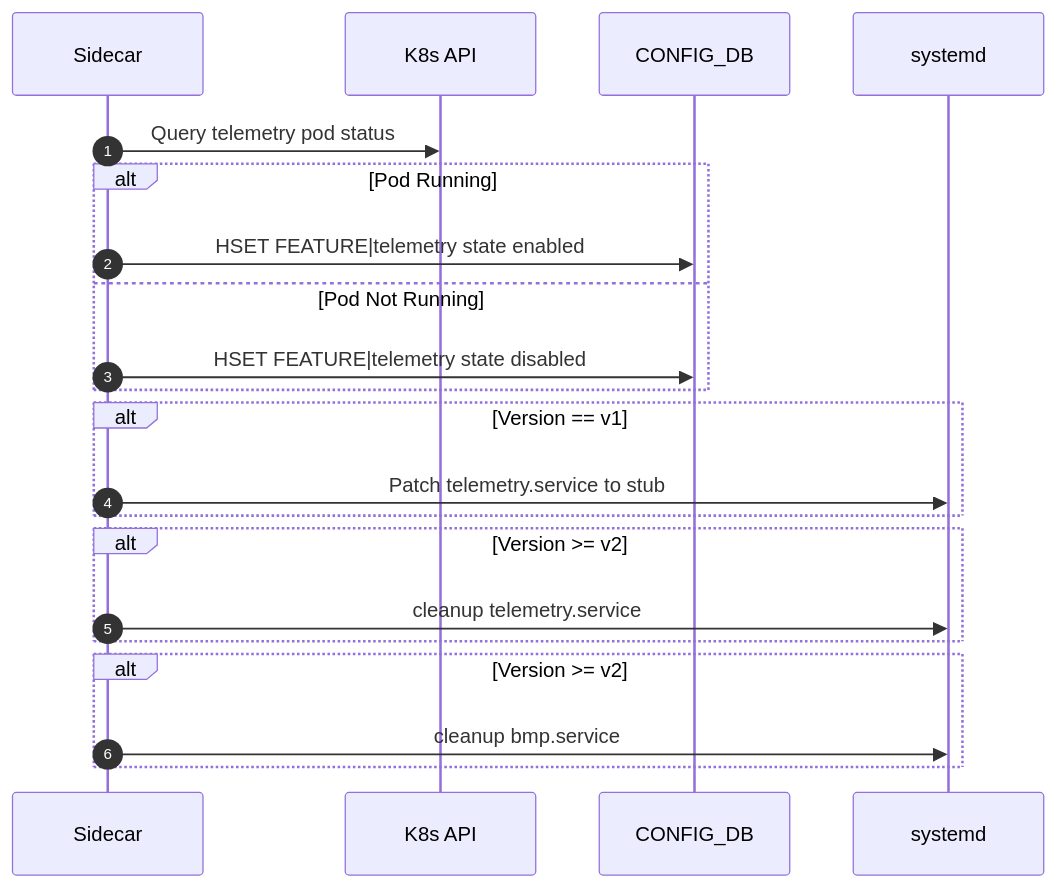
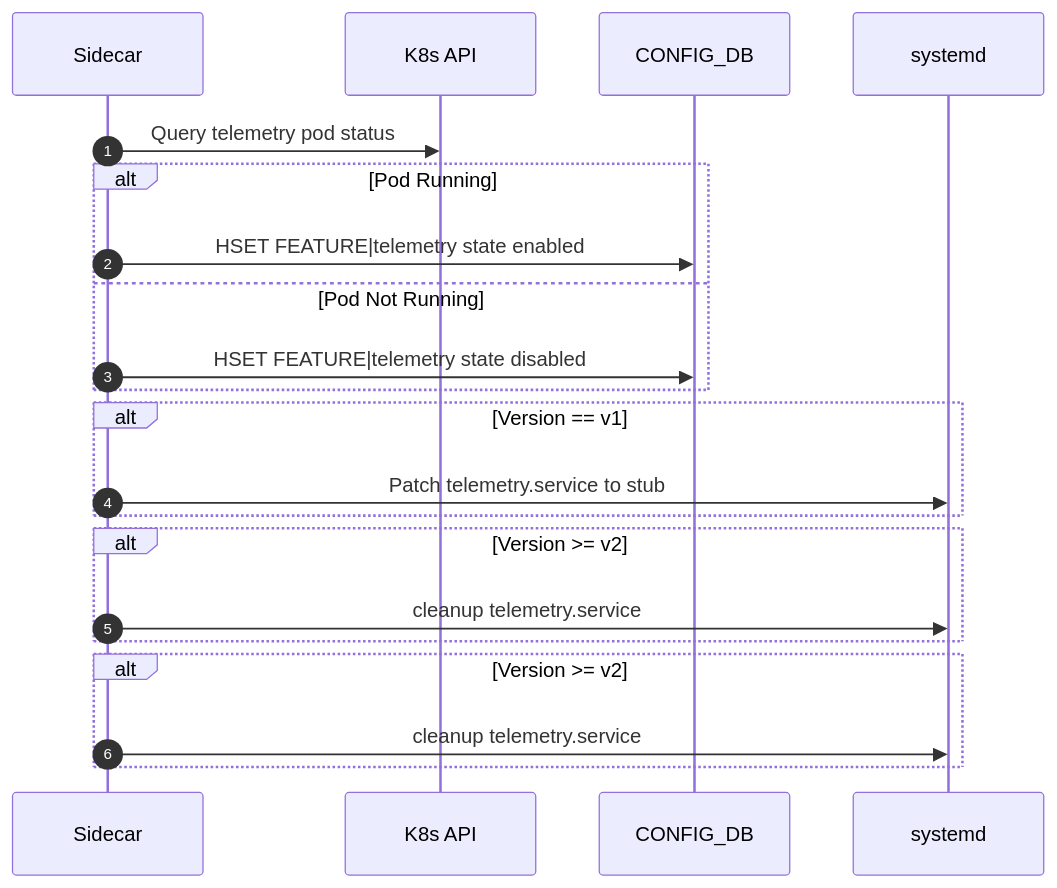
Before and after one commit to sonic-net/SONiC: the diagram in doc/bmp/k8s_migration_design.md, drawn with Mermaid. The commit also changed other lines of this file, not shown here.

````diff
--- a/doc/bmp/k8s_migration_design.md
+++ b/doc/bmp/k8s_migration_design.md
@@ -175,24 +185,24 @@
 ```mermaid
 sequenceDiagram
     autonumber
     participant Sidecar
     participant K8s API
     participant CONFIG_DB
     participant systemd
 
     Sidecar->>K8s API: Query telemetry pod status
     alt Pod Running
         Sidecar->>CONFIG_DB: HSET FEATURE|telemetry state enabled
     else Pod Not Running
         Sidecar->>CONFIG_DB: HSET FEATURE|telemetry state disabled
     end
     alt Version == v1
         Sidecar->>systemd: Patch telemetry.service to stub
     end
     alt Version >= v2
         Sidecar->>systemd: cleanup telemetry.service
     end
     alt Version >= v2
-        Sidecar->>systemd: cleanup bmp.service
+        Sidecar->>systemd: cleanup telemetry.service
     end
 ```
````
